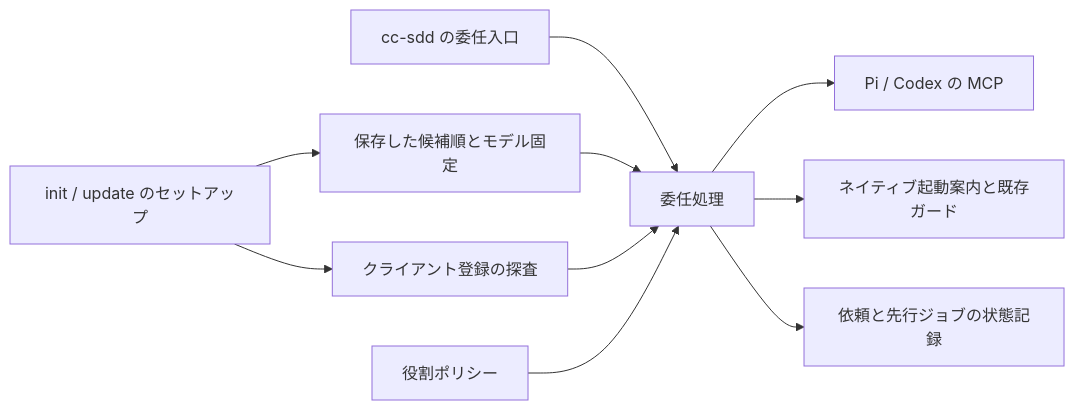
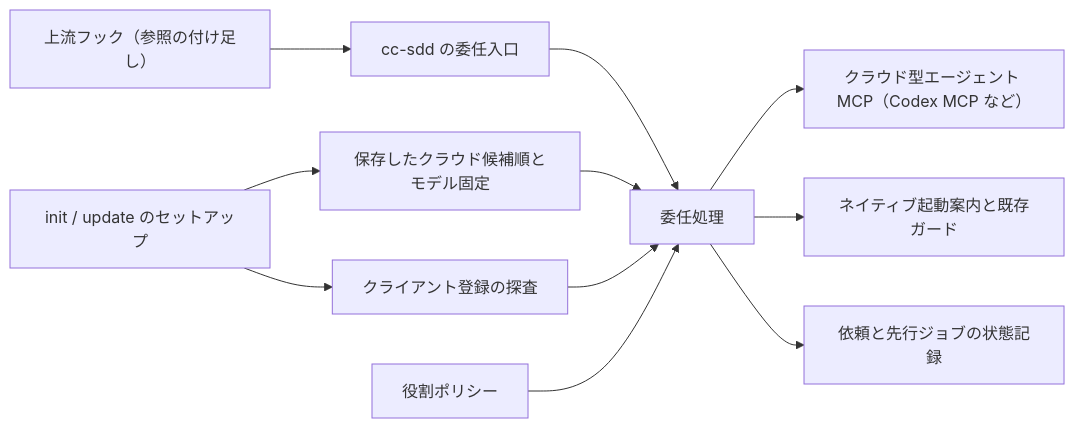
The first of 2 diagrams in .kiro/specs/codex-delegation/design.md (nekono-dev/cc-sdd-bootstrap), drawn with Mermaid before and after one commit. The commit also changed other lines of this file and 4 other files, not shown here.

````diff
--- a/.kiro/specs/codex-delegation/design.md
+++ b/.kiro/specs/codex-delegation/design.md
@@ -54,12 +61,13 @@
 ```mermaid
 flowchart LR
     Setup["init / update のセットアップ"] --> Registry["クライアント登録の探査"]
-    Setup --> Config["保存した候補順とモデル固定"]
+    Setup --> Config["保存したクラウド候補順とモデル固定"]
     Entry["cc-sdd の委任入口"] --> Runner["委任処理"]
+    Hook["上流フック（参照の付け足し）"] --> Entry
     Config --> Runner
     Registry --> Runner
     Policy["役割ポリシー"] --> Runner
-    Runner --> MCP["Pi / Codex の MCP"]
+    Runner --> MCP["クラウド型エージェント MCP（Codex MCP など）"]
     Runner --> Native["ネイティブ起動案内と既存ガード"]
     Runner --> Jobs["依頼と先行ジョブの状態記録"]
 ```
````
